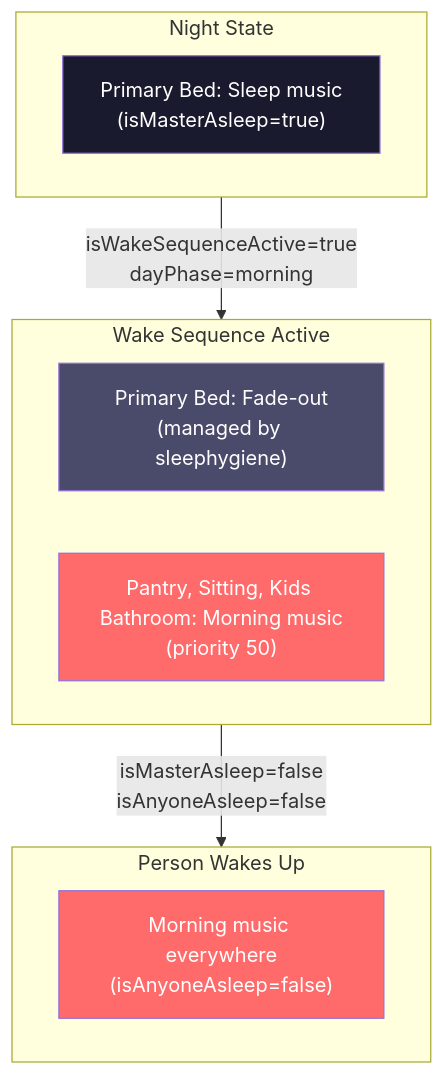
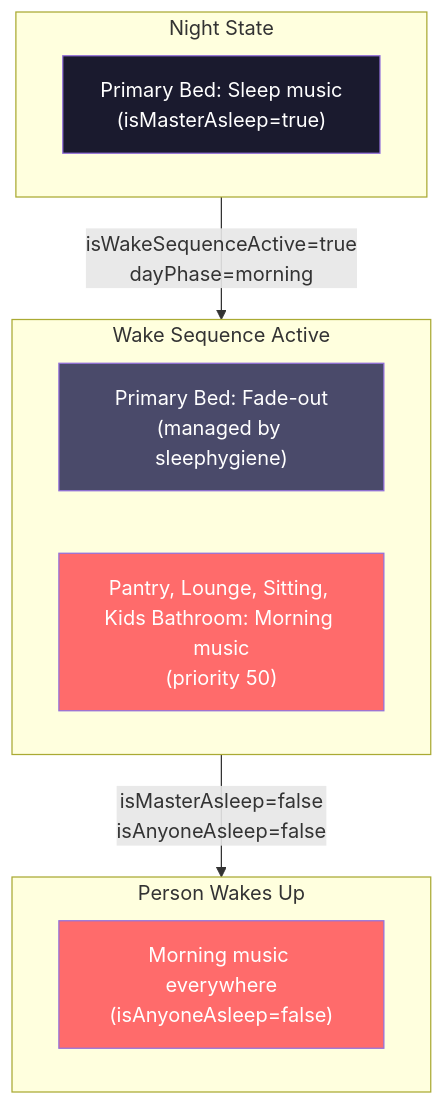
Before and after one commit to NickBorgers/home-automation: the seventh of 7 diagrams in docs/flows/DAY_PHASE_MODES.md, drawn with Mermaid. The commit also changed other lines of this file and 4 other files, not shown here.

Commit message:
feat(music): restore Lounge to automatic zones

````diff
--- a/docs/flows/DAY_PHASE_MODES.md
+++ b/docs/flows/DAY_PHASE_MODES.md
@@ -311,23 +311,23 @@
 ```mermaid
 flowchart TB
     subgraph Initial["Night State"]
         sleepBed["Primary Bed: Sleep music<br/>(isMasterAsleep=true)"]
     end
 
     subgraph WakeSequence["Wake Sequence Active"]
         fadeBed["Primary Bed: Fade-out<br/>(managed by sleephygiene)"]
-        morningRest["Pantry, Sitting, Kids Bathroom: Morning music<br/>(priority 50)"]
+        morningRest["Pantry, Lounge, Sitting, Kids Bathroom: Morning music<br/>(priority 50)"]
     end
 
     subgraph FullyAwake["Person Wakes Up"]
         morningAll["Morning music everywhere<br/>(isAnyoneAsleep=false)"]
     end
 
     Initial -->|"isWakeSequenceActive=true<br/>dayPhase=morning"| WakeSequence
     WakeSequence -->|"isMasterAsleep=false<br/>isAnyoneAsleep=false"| FullyAwake
 
     style sleepBed fill:#1a1a2e,color:#fff
     style fadeBed fill:#4a4a6a,color:#fff
     style morningRest fill:#ff6b6b,color:#fff
     style morningAll fill:#ff6b6b,color:#fff
 ```
````
